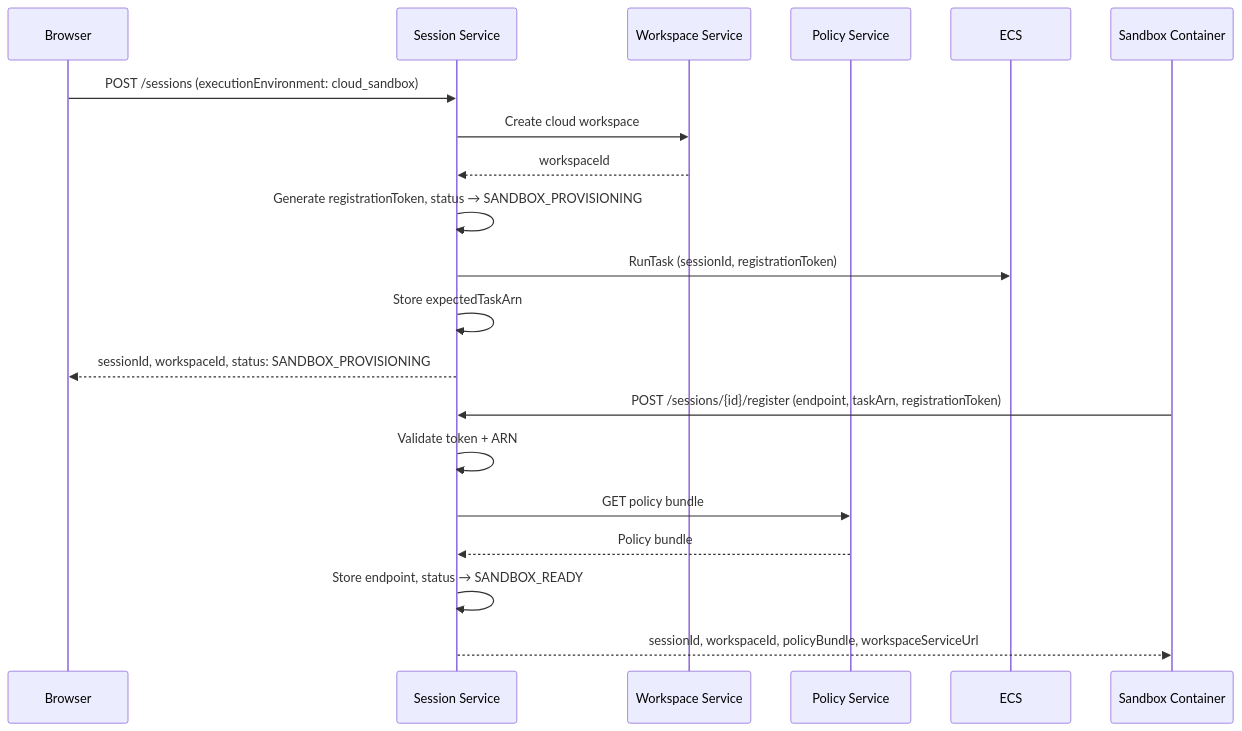
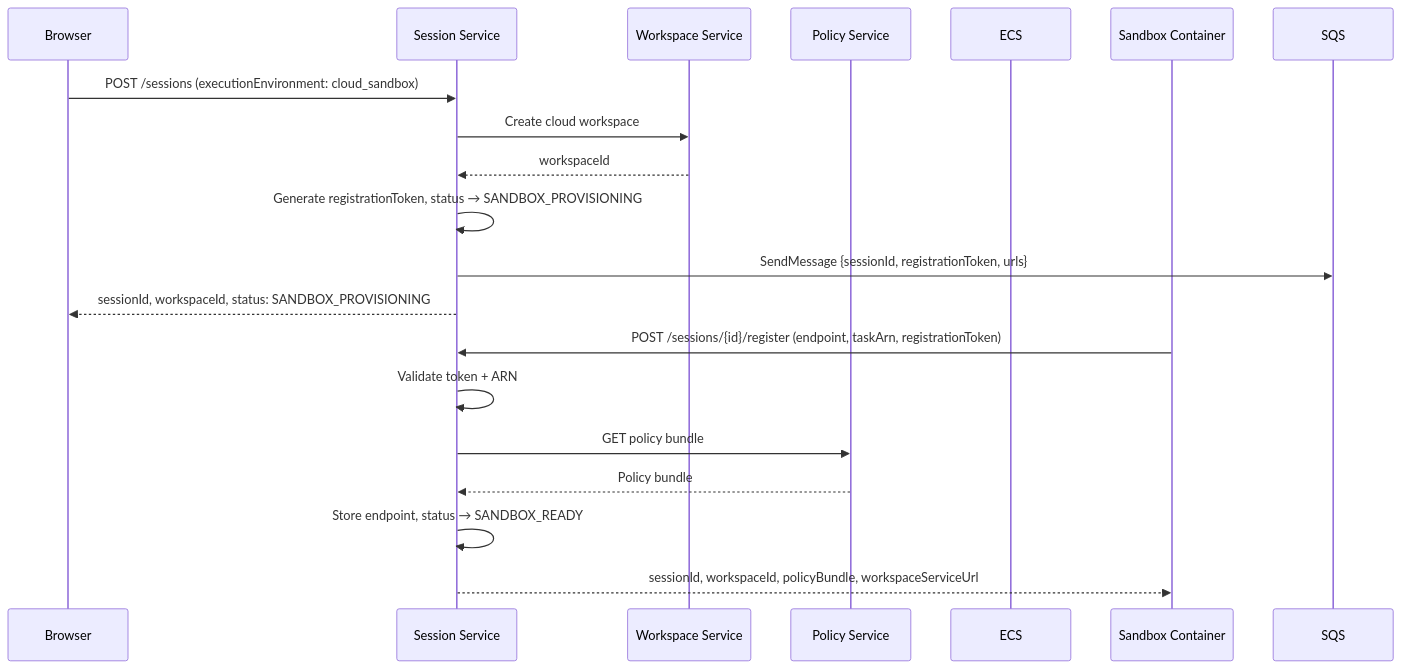
Before and after one commit to suman724/cowork-infra: the second of 3 diagrams in docs/services/session-service.md, drawn with Mermaid. The commit also changed other lines of this file and 12 other files, not shown here.

````diff
--- a/docs/services/session-service.md
+++ b/docs/services/session-service.md
@@ -379,24 +381,23 @@
 ```mermaid
 sequenceDiagram
   participant Browser
   participant SessionService as Session Service
   participant WorkspaceService as Workspace Service
   participant PolicyService as Policy Service
   participant ECS as ECS
   participant Sandbox as Sandbox Container
 
   Browser->>SessionService: POST /sessions (executionEnvironment: cloud_sandbox)
   SessionService->>WorkspaceService: Create cloud workspace
   WorkspaceService-->>SessionService: workspaceId
   SessionService->>SessionService: Generate registrationToken, status → SANDBOX_PROVISIONING
-  SessionService->>ECS: RunTask (sessionId, registrationToken)
-  SessionService->>SessionService: Store expectedTaskArn
+  SessionService->>SQS: SendMessage {sessionId, registrationToken, urls}
   SessionService-->>Browser: sessionId, workspaceId, status: SANDBOX_PROVISIONING
 
   Sandbox->>SessionService: POST /sessions/{id}/register (endpoint, taskArn, registrationToken)
   SessionService->>SessionService: Validate token + ARN
   SessionService->>PolicyService: GET policy bundle
   PolicyService-->>SessionService: Policy bundle
   SessionService->>SessionService: Store endpoint, status → SANDBOX_READY
   SessionService-->>Sandbox: sessionId, workspaceId, policyBundle, workspaceServiceUrl
 ```
````
